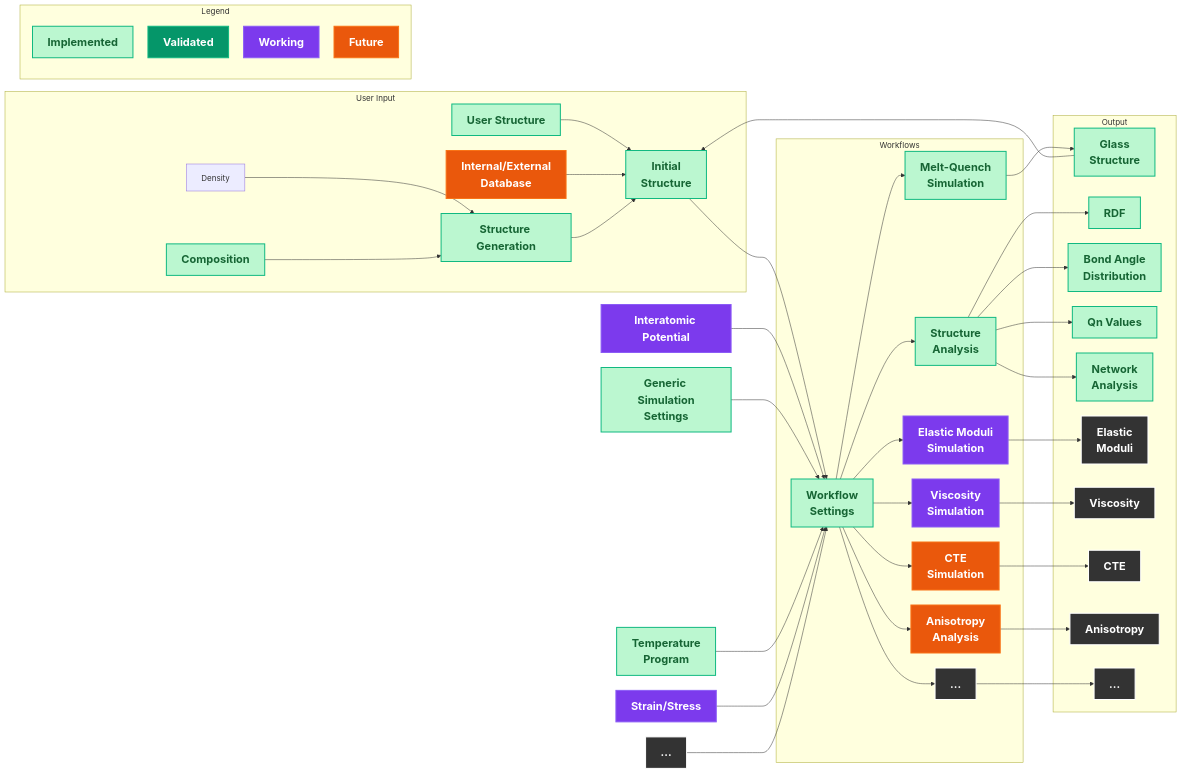
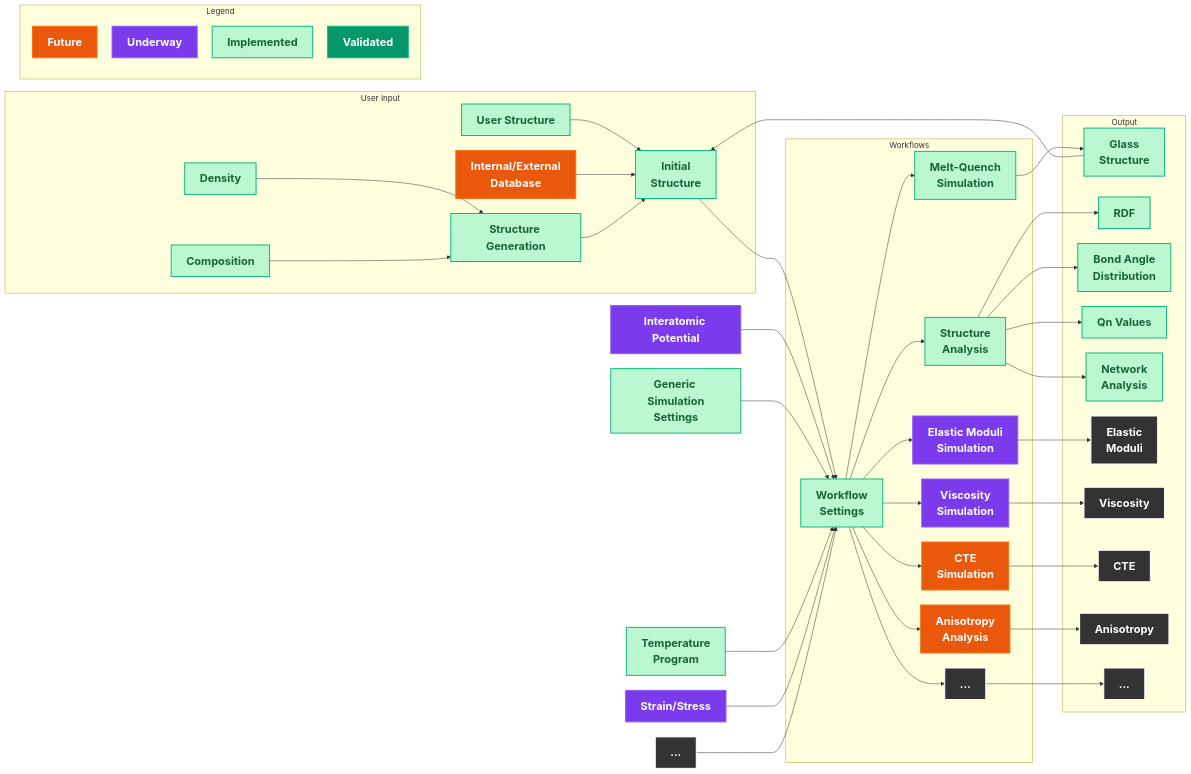
Before and after one commit to glasagent/amorphouspy: the diagram in README.md, drawn with Mermaid.

````diff
--- a/README.md
+++ b/README.md
@@ -73,6 +73,5 @@
 ```mermaid
-%% Mermaid v10+ optimized vertical timeline
-%% Enable in compatible Mermaid live editors: https://mermaid-js.github.io/mermaid-live-editor
+%% Mermaid live editor: https://mermaid-js.github.io/mermaid-live-editor
 
 %%{init: {"flowchart": {"nodeSpacing": 30, "rankSpacing": 60}} }%%
 flowchart LR
@@ -118,10 +117,10 @@
    end
 
    subgraph "Legend"
+      Future[Future]
+      Underway[Underway]
       Implemented[Implemented]
       Validated[Validated]
-      Working[Working]
-      Future[Future]
    end
 
 
@@ -158,13 +157,13 @@
    classDef future fill:#ea580c,stroke:#f97316,stroke-width:2px,color:#fff,font-weight:bold,font-size:22px;
    classDef implemented fill:#bbf7d0,stroke:#10b981,stroke-width:2px,color:#166534,font-weight:bold,font-size:22px;
    classDef validated fill:#059669,stroke:#10b981,stroke-width:2px,color:#fff,font-weight:bold,font-size:22px;
-   classDef working fill:#7c3aed,stroke:#8b5cf6,stroke-width:2px,color:#fff,font-weight:bold,font-size:22px;
+   classDef underway fill:#7c3aed,stroke:#8b5cf6,stroke-width:2px,color:#fff,font-weight:bold,font-size:22px;
    classDef none fill:#333333,stroke:#ffffff,stroke-width:2px,color:#fff,font-weight:bold,font-size:22px;
 
 
-class Implemented,Composition,AdhocGeneration,InputStructure,TemperatureProgram,WorkflowSettings,StructureAnalysis,NetworkAnalysis,BondAngleDistribution,RDF,QnDistribution,MeltQuench,GlassStructure,UserStructure,SystemSize,GenericSimulationSettings, implemented
+class Implemented,Density,Composition,AdhocGeneration,InputStructure,TemperatureProgram,WorkflowSettings,StructureAnalysis,NetworkAnalysis,BondAngleDistribution,RDF,QnDistribution,MeltQuench,GlassStructure,UserStructure,SystemSize,GenericSimulationSettings implemented
 class Validated validated
-class Working,ViscositySimulation,ElasticModuliSimulation,Strain,FF working
+class Underway,ViscositySimulation,ElasticModuliSimulation,Strain,FF underway
 class Future,CTESimulation,AnisotropyAnalysis,Database, future
 class ElasticModuli,Viscosity,CTE,Anisotropy,Others,OthersWorkflow,OthersOutput none
 ```
````
